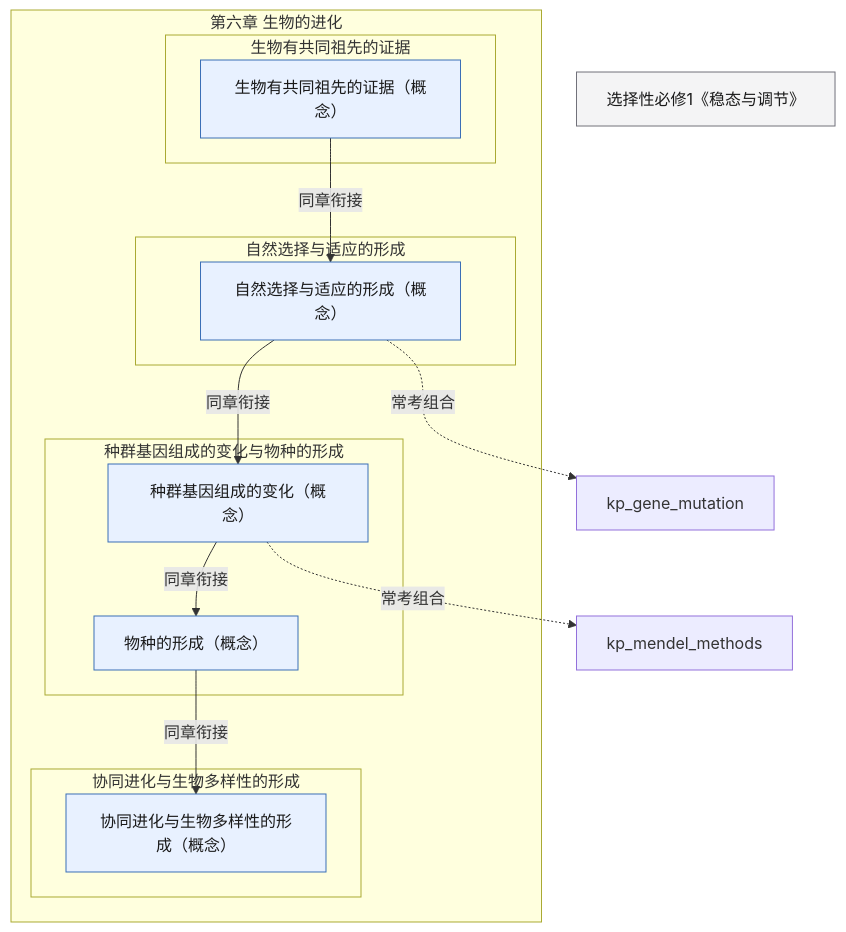
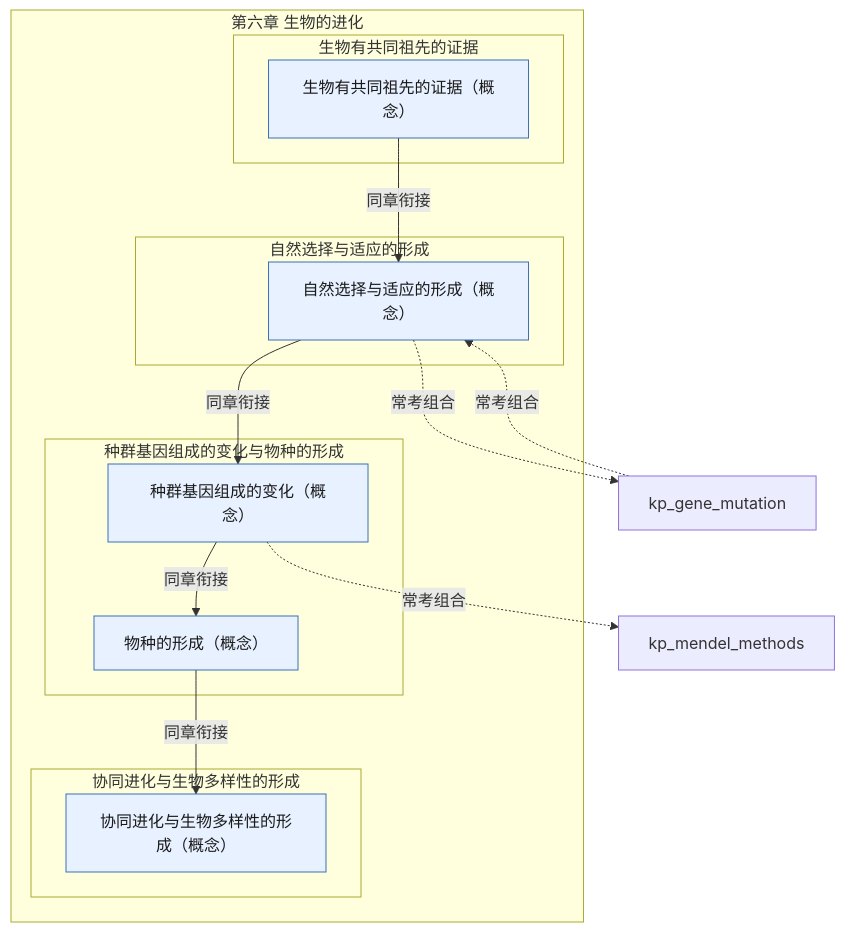
One commit to lihenair/high-school-ai-tutor-skill changed the diagram in skills/high-school-ai-tutor/references/pep-bio-bx2-ch6.md. Above: the diagram before and after it, drawn with Mermaid. The commit also changed 26 other files, not shown here.

First line of the commit message:
feat(bio): 跨教材知识联系图谱——占位符清退 + 53 条组合边 + 联系图谱文档

````diff
--- a/skills/high-school-ai-tutor/references/pep-bio-bx2-ch6.md
+++ b/skills/high-school-ai-tutor/references/pep-bio-bx2-ch6.md
@@ -5,29 +5,29 @@
 ```mermaid
 flowchart TD
   classDef concept fill:#E8F1FF,stroke:#3B6FB6,color:#1A1A1A
   classDef skill fill:#E7F6EE,stroke:#2E7D4F,color:#1A1A1A
   classDef experiment fill:#FFF4E5,stroke:#C47B17,color:#1A1A1A
   classDef later fill:#F4F4F5,stroke:#71717A,color:#1A1A1A
   subgraph ch["第六章 生物的进化"]
     subgraph s1["生物有共同祖先的证据"]
       kp_common_ancestor["生物有共同祖先的证据（概念）"]:::concept
     end
     subgraph s2["自然选择与适应的形成"]
       kp_natural_selection_adaptation["自然选择与适应的形成（概念）"]:::concept
     end
     subgraph s3["种群基因组成的变化与物种的形成"]
       kp_population_gene_frequency["种群基因组成的变化（概念）"]:::concept
       kp_speciation["物种的形成（概念）"]:::concept
     end
     subgraph s4["协同进化与生物多样性的形成"]
       kp_coevolution_biodiversity["协同进化与生物多样性的形成（概念）"]:::concept
     end
   end
-  bio_xbx1["选择性必修1《稳态与调节》"]:::later
   kp_common_ancestor -->|同章衔接| kp_natural_selection_adaptation
   kp_natural_selection_adaptation -->|同章衔接| kp_population_gene_frequency
   kp_population_gene_frequency -->|同章衔接| kp_speciation
   kp_speciation -->|同章衔接| kp_coevolution_biodiversity
   kp_natural_selection_adaptation -.->|常考组合| kp_gene_mutation
   kp_population_gene_frequency -.->|常考组合| kp_mendel_methods
+  kp_gene_mutation -.->|常考组合| kp_natural_selection_adaptation
 ```
````
